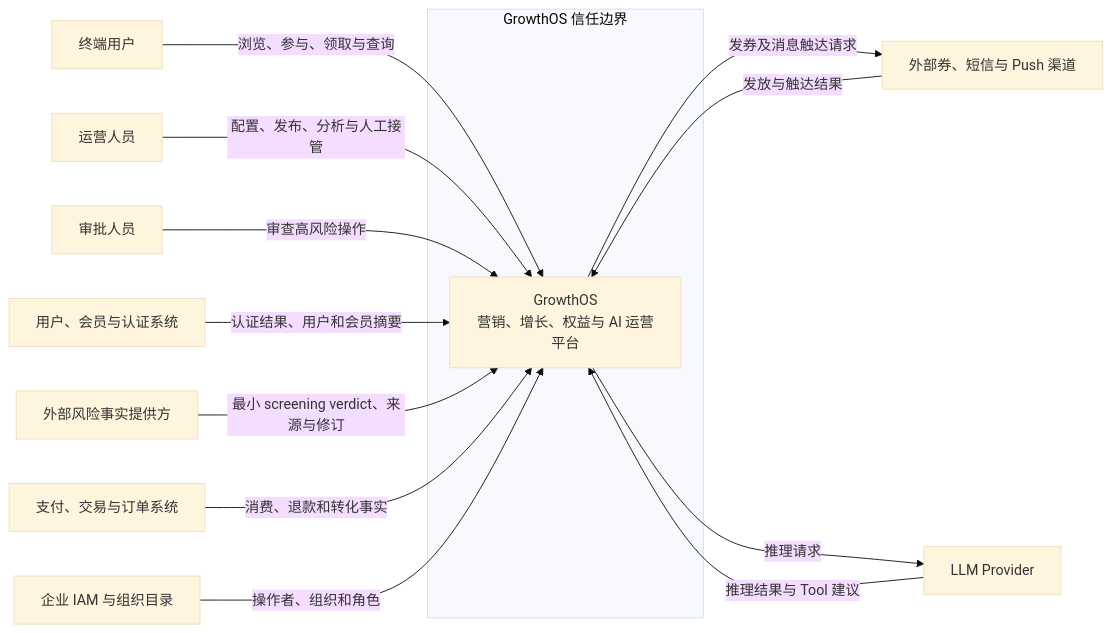
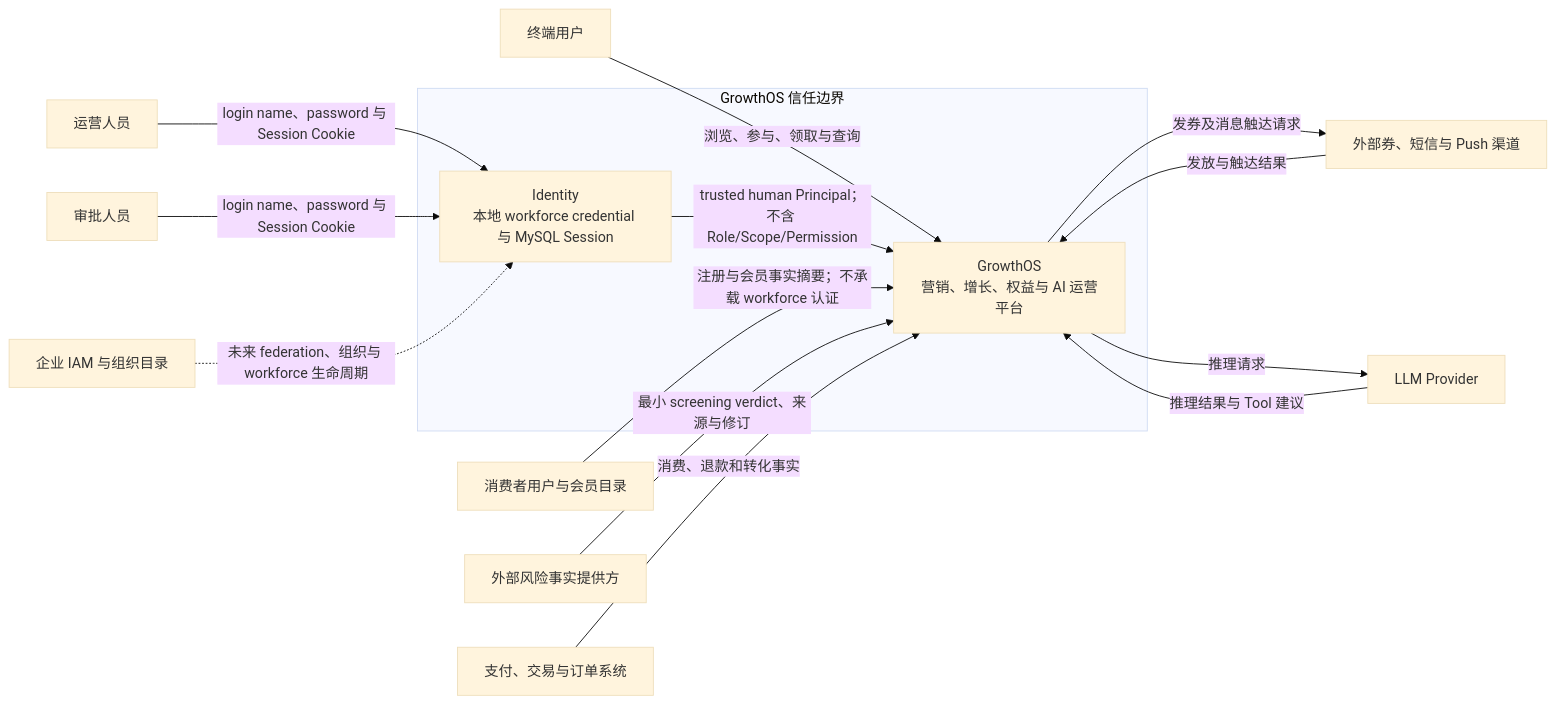
The second of 5 diagrams in docs/product/system-design-v0.md (Atingaii/GrowthOS-Go), drawn with Mermaid (base theme) before and after one commit. The commit also changed other lines of this file and 4 other files, not shown here.

````diff
--- a/docs/product/system-design-v0.md
+++ b/docs/product/system-design-v0.md
@@ -74,30 +76,32 @@
 ```mermaid
 flowchart LR
     CUSTOMER[终端用户]
     OPERATOR[运营人员]
     APPROVER[审批人员]
 
     subgraph TRUST[GrowthOS 信任边界]
+        IDENTITY[Identity\n本地 workforce credential 与 MySQL Session]
         PLATFORM[GrowthOS\n营销、增长、权益与 AI 运营平台]
     end
 
-    IAM[用户、会员与认证系统]
+    IAM[消费者用户与会员目录]
     RISK[外部风险事实提供方]
     TRADE[支付、交易与订单系统]
     CHANNEL[外部券、短信与 Push 渠道]
     CORP[企业 IAM 与组织目录]
     LLM[LLM Provider]
 
     CUSTOMER -->|浏览、参与、领取与查询| PLATFORM
-    OPERATOR -->|配置、发布、分析与人工接管| PLATFORM
-    APPROVER -->|审查高风险操作| PLATFORM
+    OPERATOR -->|login name、password 与 Session Cookie| IDENTITY
+    APPROVER -->|login name、password 与 Session Cookie| IDENTITY
+    IDENTITY -->|trusted human Principal；不含 Role/Scope/Permission| PLATFORM
 
-    IAM -->|认证结果、用户和会员摘要| PLATFORM
+    IAM -->|注册与会员事实摘要；不承载 workforce 认证| PLATFORM
     RISK -->|最小 screening verdict、来源与修订| PLATFORM
     TRADE -->|消费、退款和转化事实| PLATFORM
     PLATFORM -->|发券及消息触达请求| CHANNEL
     CHANNEL -->|发放与触达结果| PLATFORM
-    CORP -->|操作者、组织和角色| PLATFORM
+    CORP -.->|未来 federation、组织与 workforce 生命周期| IDENTITY
     PLATFORM -->|推理请求| LLM
     LLM -->|推理结果与 Tool 建议| PLATFORM
 ```
````
